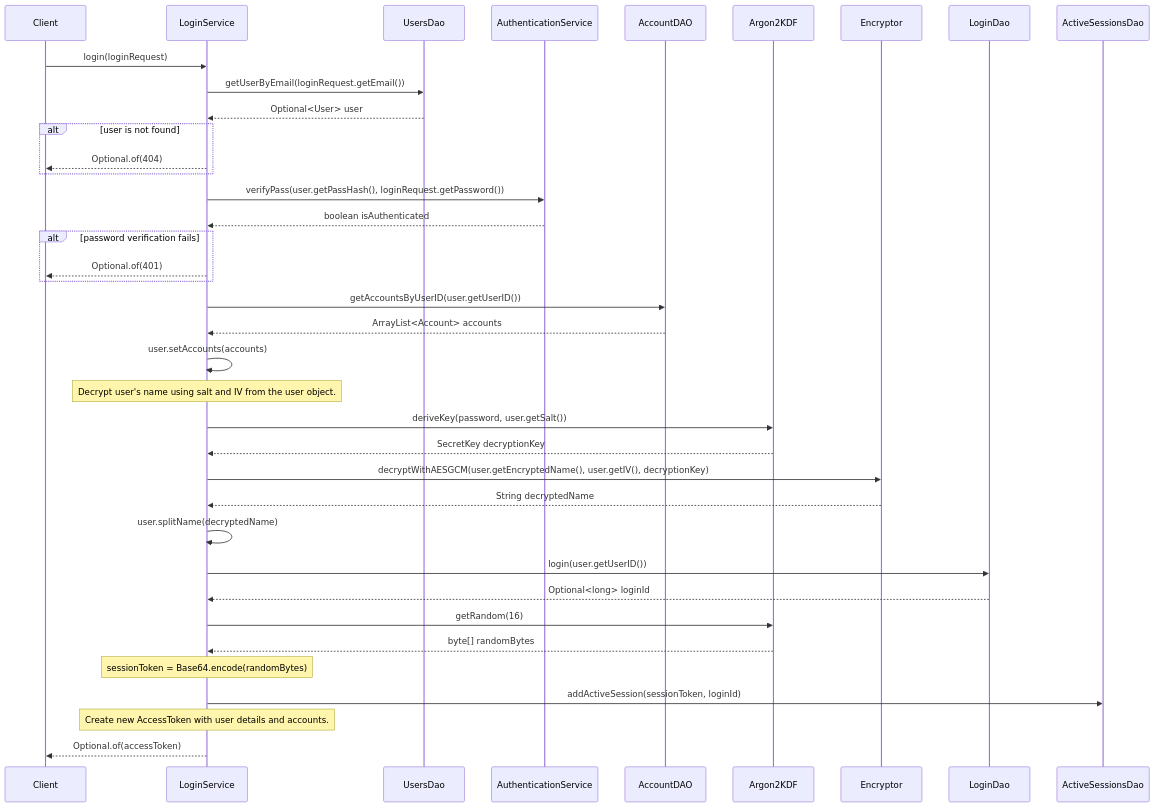
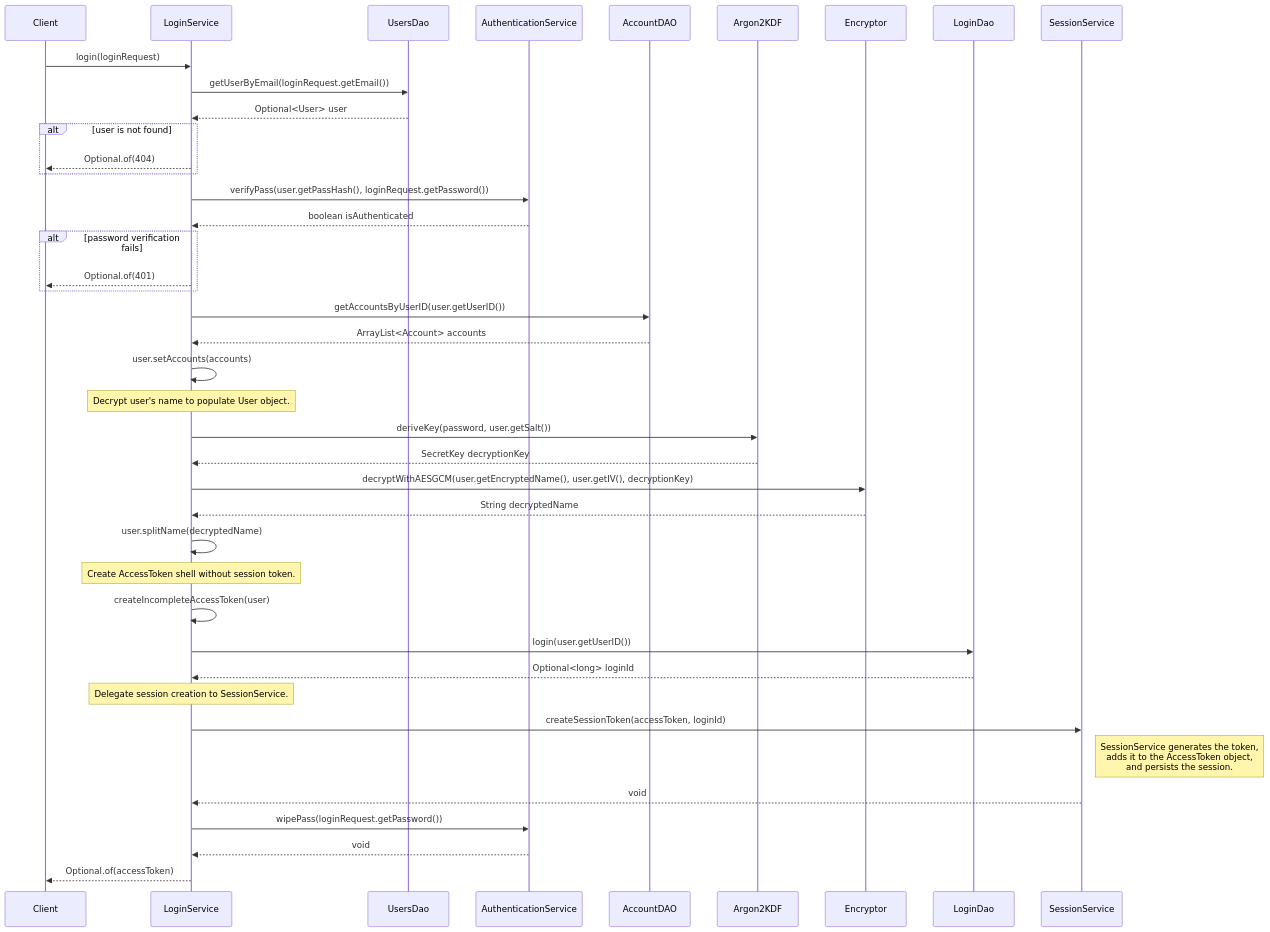
One commit to LKBotond/Banking-app-with-Spring changed the second of 2 diagrams in Architecture.md. Above: the diagram before and after it, drawn with Mermaid. The commit also changed 5 other files, not shown here.

First line of the commit message:
added transactionService and the missing AccessToken added: /services/transactions/*: interface and implementation for transactions /dto/access/AccessToken.java: access token for the accessService.

````diff
--- a/Architecture.md
+++ b/Architecture.md
@@ -37,51 +37,54 @@
 ```mermaid
 sequenceDiagram
     participant Client
     participant LoginService
     participant UsersDao
     participant AuthenticationService
     participant AccountDAO
     participant Argon2KDF
     participant Encryptor
     participant LoginDao
-    participant ActiveSessionsDao
+    participant SessionService
 
     Client->>LoginService: login(loginRequest)
     LoginService->>UsersDao: getUserByEmail(loginRequest.getEmail())
     UsersDao-->>LoginService: Optional<User> user
-    
+
     alt user is not found
         LoginService-->>Client: Optional.of(404)
     end
 
     LoginService->>AuthenticationService: verifyPass(user.getPassHash(), loginRequest.getPassword())
     AuthenticationService-->>LoginService: boolean isAuthenticated
-    
+
     alt password verification fails
         LoginService-->>Client: Optional.of(401)
     end
 
     LoginService->>AccountDAO: getAccountsByUserID(user.getUserID())
     AccountDAO-->>LoginService: ArrayList<Account> accounts
     LoginService->>LoginService: user.setAccounts(accounts)
 
-    Note over LoginService: Decrypt user's name using salt and IV from the user object.
+    Note over LoginService: Decrypt user's name to populate User object.
     LoginService->>Argon2KDF: deriveKey(password, user.getSalt())
     Argon2KDF-->>LoginService: SecretKey decryptionKey
     LoginService->>Encryptor: decryptWithAESGCM(user.getEncryptedName(), user.getIV(), decryptionKey)
     Encryptor-->>LoginService: String decryptedName
     LoginService->>LoginService: user.splitName(decryptedName)
 
+    Note over LoginService: Create AccessToken shell without session token.
+    LoginService->>LoginService: createIncompleteAccessToken(user)
+
     LoginService->>LoginDao: login(user.getUserID())
     LoginDao-->>LoginService: Optional<long> loginId
 
-    LoginService->>Argon2KDF: getRandom(16)
-    Argon2KDF-->>LoginService: byte[] randomBytes
-    Note over LoginService: sessionToken = Base64.encode(randomBytes)
-    
-    LoginService->>ActiveSessionsDao: addActiveSession(sessionToken, loginId)
+    Note over LoginService: Delegate session creation to SessionService.
+    LoginService->>SessionService: createSessionToken(accessToken, loginId)
+    Note right of SessionService: SessionService generates the token,<br/>adds it to the AccessToken object,<br/>and persists the session.
+    SessionService-->>LoginService: void
 
-    Note over LoginService: Create new AccessToken with user details and accounts.
+    LoginService->>AuthenticationService: wipePass(loginRequest.getPassword())
+    AuthenticationService-->>LoginService: void
+
     LoginService-->>Client: Optional.of(accessToken)
-
 ```
````
